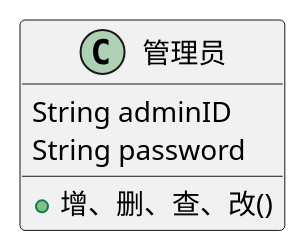
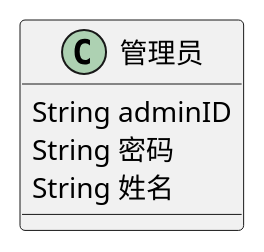
The diagram in test3/6.wsd (wenyuntian/is_analysis), drawn with PlantUML before and after one commit. The commit also changed 14 other files, not shown here.

```diff
--- a/test3/6.wsd
+++ b/test3/6.wsd
@@ -1,7 +1,7 @@
 @startuml
 class 管理员{
     String adminID
-    String password
-    +增、删、查、改()
+    String 密码
+    String 姓名
 }
 @enduml
```
